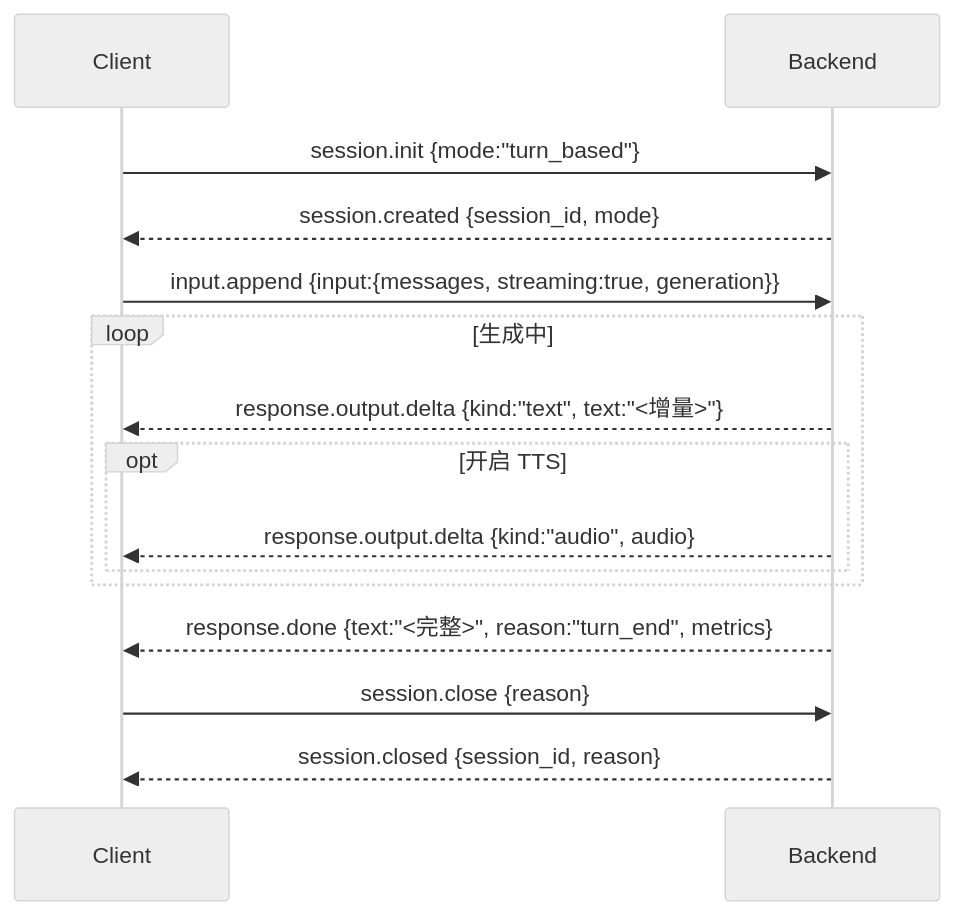
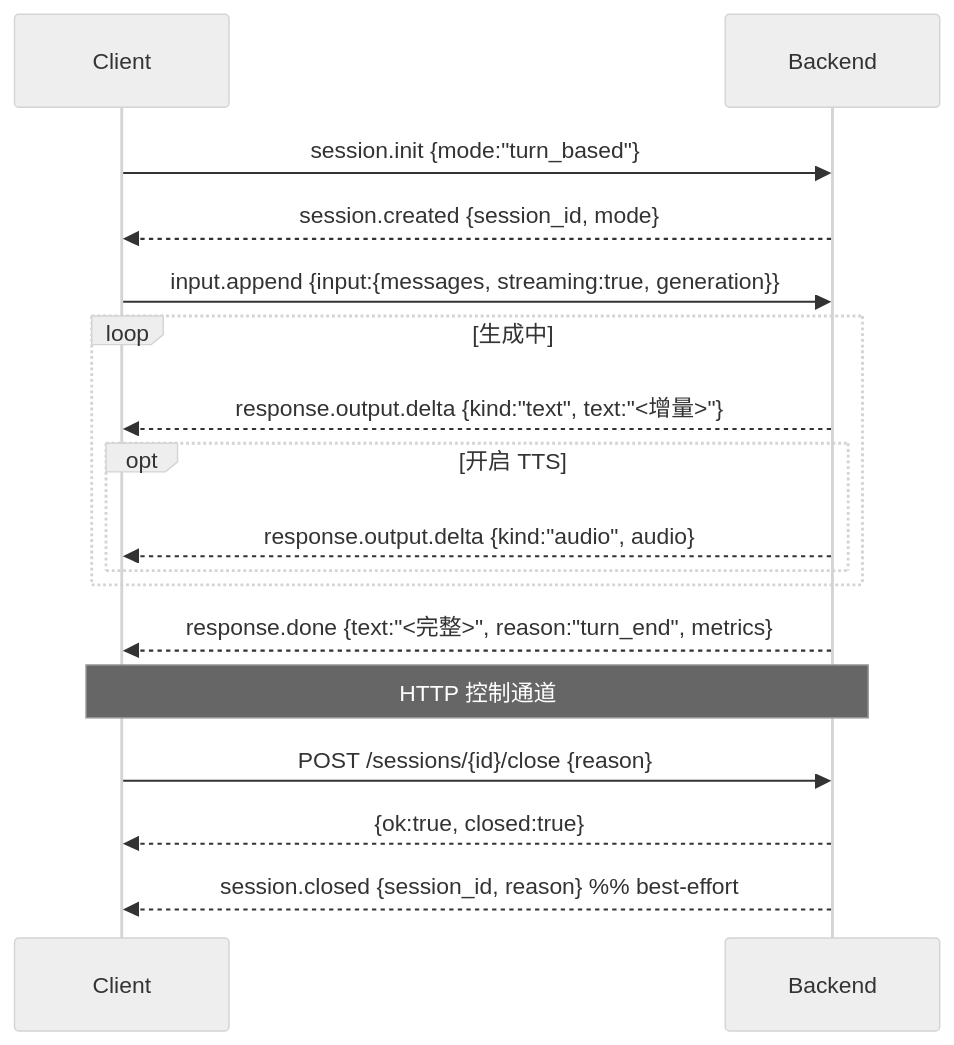
Before and after one commit to OpenBMB/MiniCPM-o-Demo: the second of 3 diagrams in docs/backend-protocol/sequences.md, drawn with Mermaid (neutral theme). The commit also changed other lines of this file and 3 other files, not shown here.

First line of the commit message:
Docs: align close idempotency with impl; fix session_id/WS-close in examples

````diff
--- a/docs/backend-protocol/sequences.md
+++ b/docs/backend-protocol/sequences.md
@@ -142,20 +142,22 @@
 ```mermaid
 sequenceDiagram
     participant C as Client
     participant B as Backend
 
     C->>B: session.init {mode:"turn_based"}
     B-->>C: session.created {session_id, mode}
 
     C->>B: input.append {input:{messages, streaming:true, generation}}
     loop 生成中
         B-->>C: response.output.delta {kind:"text", text:"<增量>"}
         opt 开启 TTS
             B-->>C: response.output.delta {kind:"audio", audio}
         end
     end
     B-->>C: response.done {text:"<完整>", reason:"turn_end", metrics}
 
-    C->>B: session.close {reason}
-    B-->>C: session.closed {session_id, reason}
+    Note over C,B: HTTP 控制通道
+    C->>B: POST /sessions/{id}/close {reason}
+    B-->>C: {ok:true, closed:true}
+    B-->>C: session.closed {session_id, reason}  %% best-effort
 ```
````
